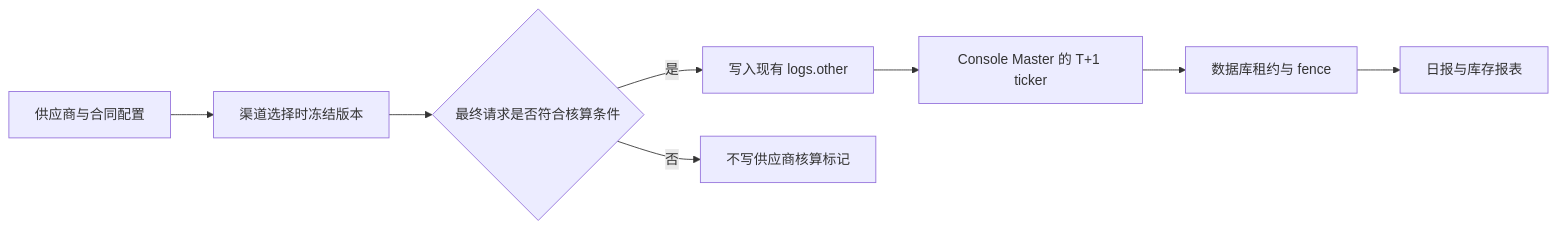
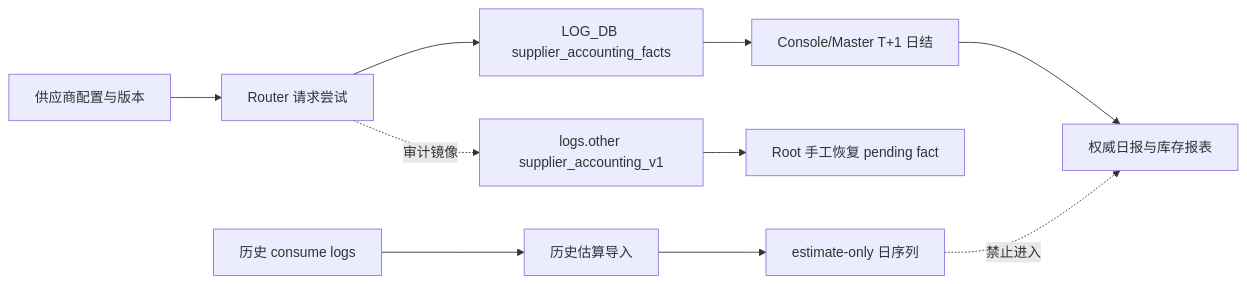
The diagram in docs/supplier-supply-chain-v1.md (SolveaCX/new-api), drawn with Mermaid before and after one commit. The commit also changed other lines of this file and 90 other files, not shown here.

Commit message:
complete durable supplier accounting facts

````diff
--- a/docs/supplier-supply-chain-v1.md
+++ b/docs/supplier-supply-chain-v1.md
@@ -16,10 +30,14 @@
 ```mermaid
 flowchart LR
-    A[供应商与合同配置] --> B[渠道选择时冻结版本]
-    B --> C{最终请求是否符合核算条件}
-    C -->|是| D[写入现有 logs.other]
-    C -->|否| E[不写供应商核算标记]
-    D --> F[Console Master 的 T+1 ticker]
-    F --> G[数据库租约与 fence]
-    G --> H[日报与库存报表]
+    A[供应商配置与版本] --> B[Router 请求尝试]
+    B --> C[LOG_DB supplier_accounting_facts]
+    C --> D[Console/Master T+1 日结]
+    D --> E[权威日报与库存报表]
+
+    B -.审计镜像.-> F[logs.other supplier_accounting_v1]
+    F --> G[Root 手工恢复 pending fact]
+
+    H[历史 consume logs] --> I[历史估算导入]
+    I --> J[estimate-only 日序列]
+    J -.禁止进入.-> E
 ```
````
